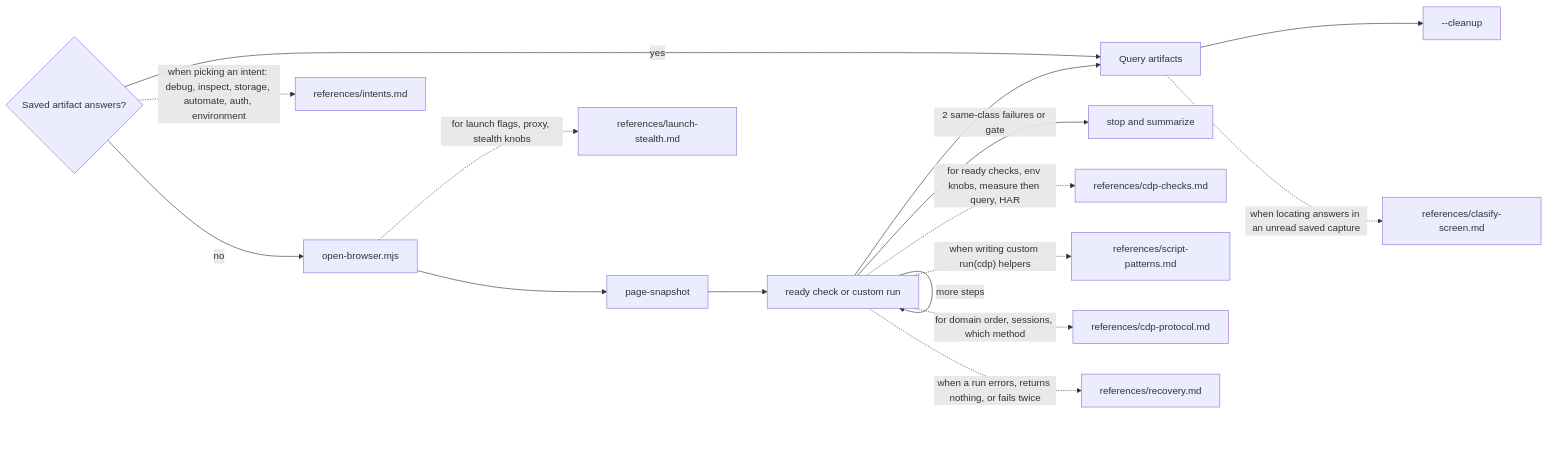
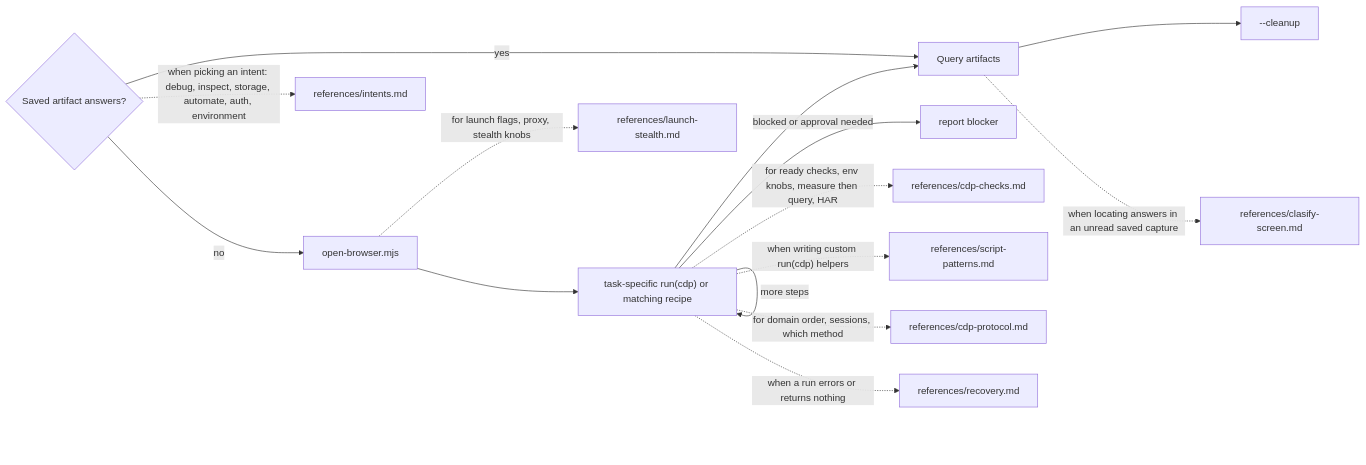
The diagram in skills/octocode-chrome-devtools/SKILL.md (bgauryy/octocode), drawn with Mermaid before and after one commit. The commit also changed other lines of this file and 402 other files, not shown here.

````diff
--- a/skills/octocode-chrome-devtools/SKILL.md
+++ b/skills/octocode-chrome-devtools/SKILL.md
@@ -13,18 +13,17 @@
 ```mermaid
 flowchart LR
     A{"Saved artifact answers?"} -- "yes" --> Q["Query artifacts"]
     A -- "no" --> O["open-browser.mjs"]
-    O --> S["page-snapshot"]
-    S --> C["ready check or custom run"]
+    O --> C["task-specific run(cdp) or matching recipe"]
     C -- "more steps" --> C
     C --> Q
-    C -- "2 same-class failures or gate" --> ST["stop and summarize"]
+    C -- "blocked or approval needed" --> ST["report blocker"]
     Q --> X["--cleanup"]
     A -. "when picking an intent: debug, inspect, storage, automate, auth, environment" .-> IN["references/intents.md"]
     O -. "for launch flags, proxy, stealth knobs" .-> LS["references/launch-stealth.md"]
     C -. "for ready checks, env knobs, measure then query, HAR" .-> CC["references/cdp-checks.md"]
     C -. "when writing custom run(cdp) helpers" .-> SP["references/script-patterns.md"]
     C -. "for domain order, sessions, which method" .-> CP["references/cdp-protocol.md"]
-    C -. "when a run errors, returns nothing, or fails twice" .-> RC["references/recovery.md"]
+    C -. "when a run errors or returns nothing" .-> RC["references/recovery.md"]
     Q -. "when locating answers in an unread saved capture" .-> CS["references/clasify-screen.md"]
 ```
````
